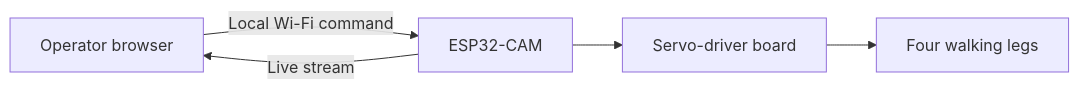
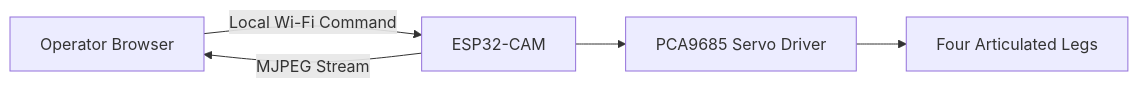
Before and after one commit to AloeVeraZ/CityTechClubProjects: the diagram in crab-crawler/README.md, drawn with Mermaid. The commit also changed other lines of this file and 9 other files, not shown here.

````diff
--- a/crab-crawler/README.md
+++ b/crab-crawler/README.md
@@ -89,7 +86,7 @@
 ```mermaid
 flowchart LR
-    O["Operator browser"] -->|"Local Wi-Fi command"| E["ESP32-CAM"]
-    E --> S["Servo-driver board"]
-    S --> L["Four walking legs"]
-    E -->|"Live stream"| O
+    O["Operator Browser"] -->|"Local Wi-Fi Command"| E["ESP32-CAM"]
+    E --> S["PCA9685 Servo Driver"]
+    S --> L["Four Articulated Legs"]
+    E -->|"MJPEG Stream"| O
 ```
````
